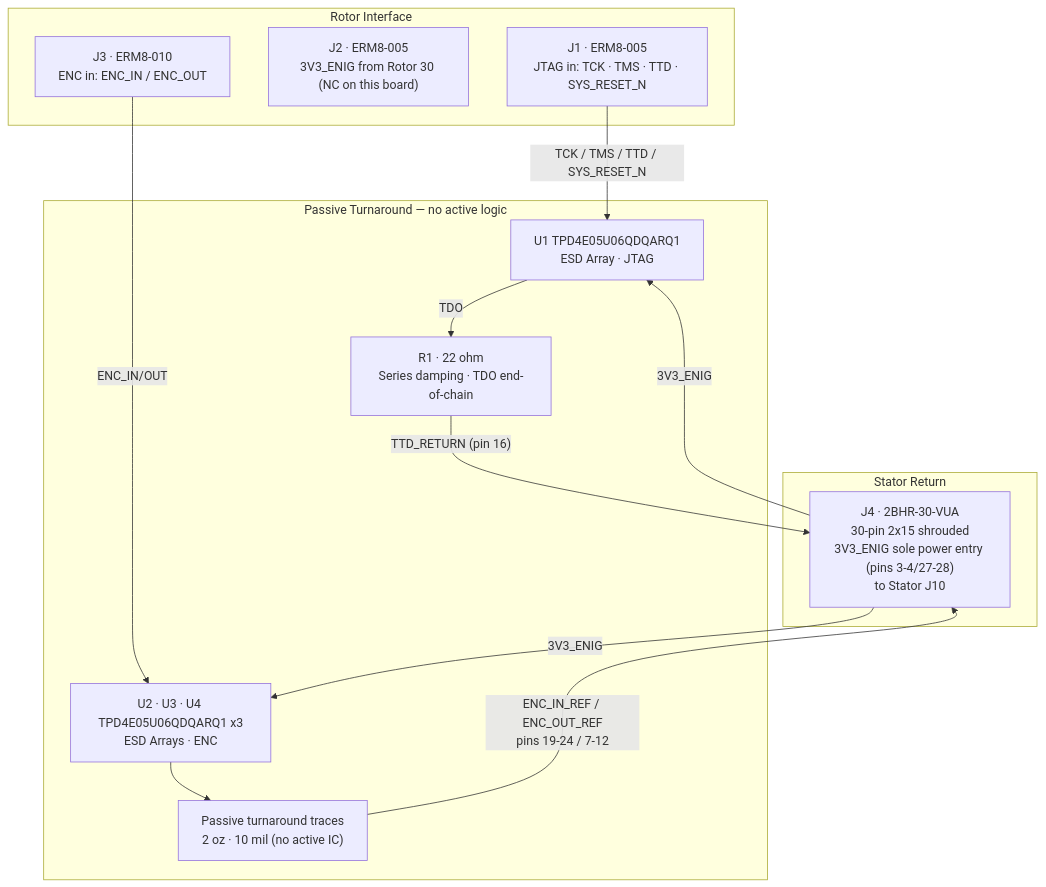
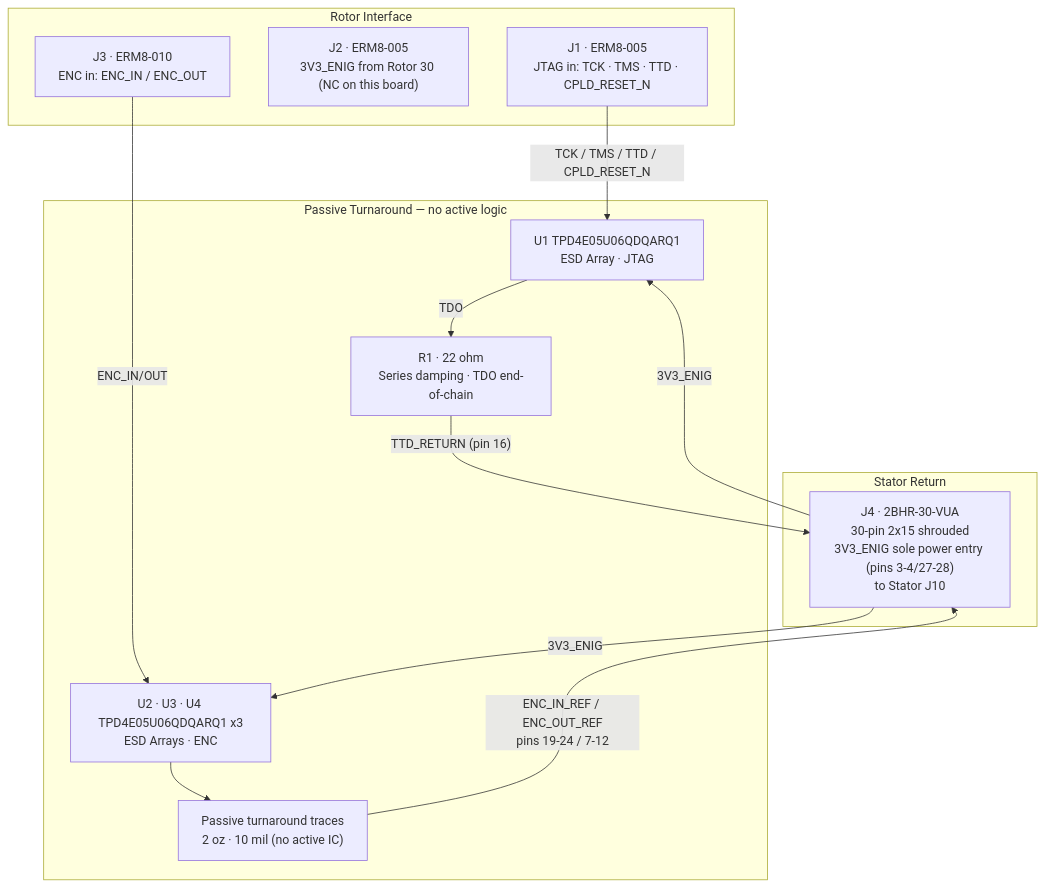
The diagram in design/Electronics/Reflector/Design_Spec.md (thepinkmile/Enigma-2026-AI), drawn with Mermaid before and after one commit. The commit also changed other lines of this file and 32 other files, not shown here.

First line of the commit message:
Pass 10 triage: fixes, CPLD_RESET_N rename, datasheet purity cleanup

````diff
--- a/design/Electronics/Reflector/Design_Spec.md
+++ b/design/Electronics/Reflector/Design_Spec.md
@@ -44,28 +44,28 @@
 ```mermaid
 flowchart TD
   subgraph RI["Rotor Interface"]
-    J1["J1 · ERM8-005<br>JTAG in: TCK · TMS · TTD · SYS_RESET_N"]
+    J1["J1 · ERM8-005<br>JTAG in: TCK · TMS · TTD · CPLD_RESET_N"]
     J2["J2 · ERM8-005<br>3V3_ENIG from Rotor 30 (NC on this board)"]
     J3["J3 · ERM8-010<br>ENC in: ENC_IN / ENC_OUT"]
   end
 
   subgraph PT["Passive Turnaround — no active logic"]
     U1["U1 TPD4E05U06QDQARQ1<br>ESD Array · JTAG"]
     R1["R1 · 22 ohm<br>Series damping · TDO end-of-chain"]
     U2U4["U2 · U3 · U4 TPD4E05U06QDQARQ1 x3<br>ESD Arrays · ENC"]
     TT["Passive turnaround traces<br>2 oz · 10 mil (no active IC)"]
   end
 
   subgraph SR["Stator Return"]
     J4["J4 · 2BHR-30-VUA<br>30-pin 2x15 shrouded<br>3V3_ENIG sole power entry (pins 3-4/27-28)<br>to Stator J10"]
   end
 
-  J1 -- "TCK / TMS / TTD / SYS_RESET_N" --> U1
+  J1 -- "TCK / TMS / TTD / CPLD_RESET_N" --> U1
   U1 -- "TDO" --> R1
   R1 -- "TTD_RETURN (pin 16)" --> J4
   J3 -- "ENC_IN/OUT" --> U2U4
   U2U4 --> TT
   TT -- "ENC_IN_REF / ENC_OUT_REF<br>pins 19-24 / 7-12" --> J4
   J4 -- "3V3_ENIG" --> U1
   J4 -- "3V3_ENIG" --> U2U4
 ```
````
